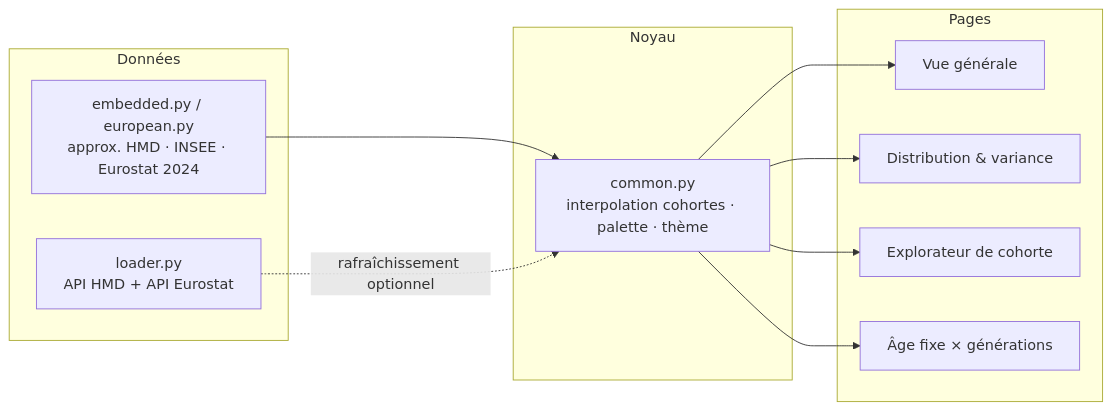
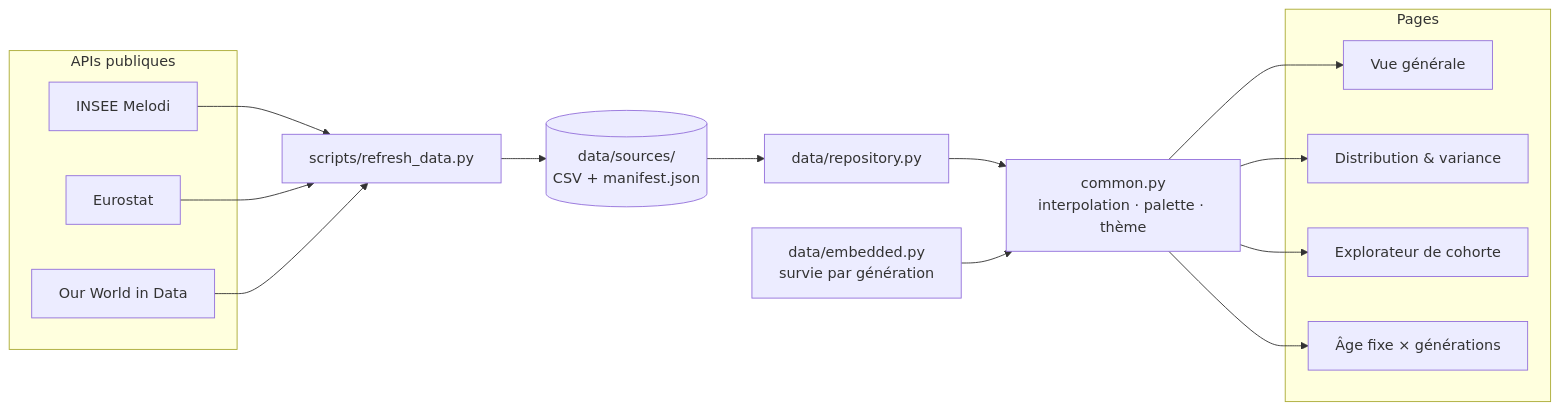
Before and after one commit to floSa/esperance_de_vie_FR: the diagram in README.md, drawn with Mermaid. The commit also changed other lines of this file and 1 other file, not shown here.

````diff
--- a/README.md
+++ b/README.md
@@ -24,19 +66,22 @@
 ```mermaid
 flowchart LR
-  subgraph Données
-    emb[embedded.py / european.py<br/>approx. HMD · INSEE · Eurostat 2024]
-    load[loader.py<br/>API HMD + API Eurostat]
+  subgraph Sources["APIs publiques"]
+    insee[INSEE Melodi]
+    euro[Eurostat]
+    owid[Our World in Data]
   end
-  subgraph Noyau
-    common[common.py<br/>interpolation cohortes · palette · thème]
-  end
+  refresh[scripts/refresh_data.py]
+  csv[(data/sources/<br/>CSV + manifest.json)]
+  repo[data/repository.py]
+  emb[data/embedded.py<br/>survie par génération]
+  common[common.py<br/>interpolation · palette · thème]
   subgraph Pages
     p1[Vue générale]
     p2[Distribution & variance]
     p3[Explorateur de cohorte]
     p4[Âge fixe × générations]
   end
+  insee & euro & owid --> refresh --> csv --> repo --> common
   emb --> common
-  load -.rafraîchissement optionnel.-> common
   common --> p1 & p2 & p3 & p4
 ```
````
